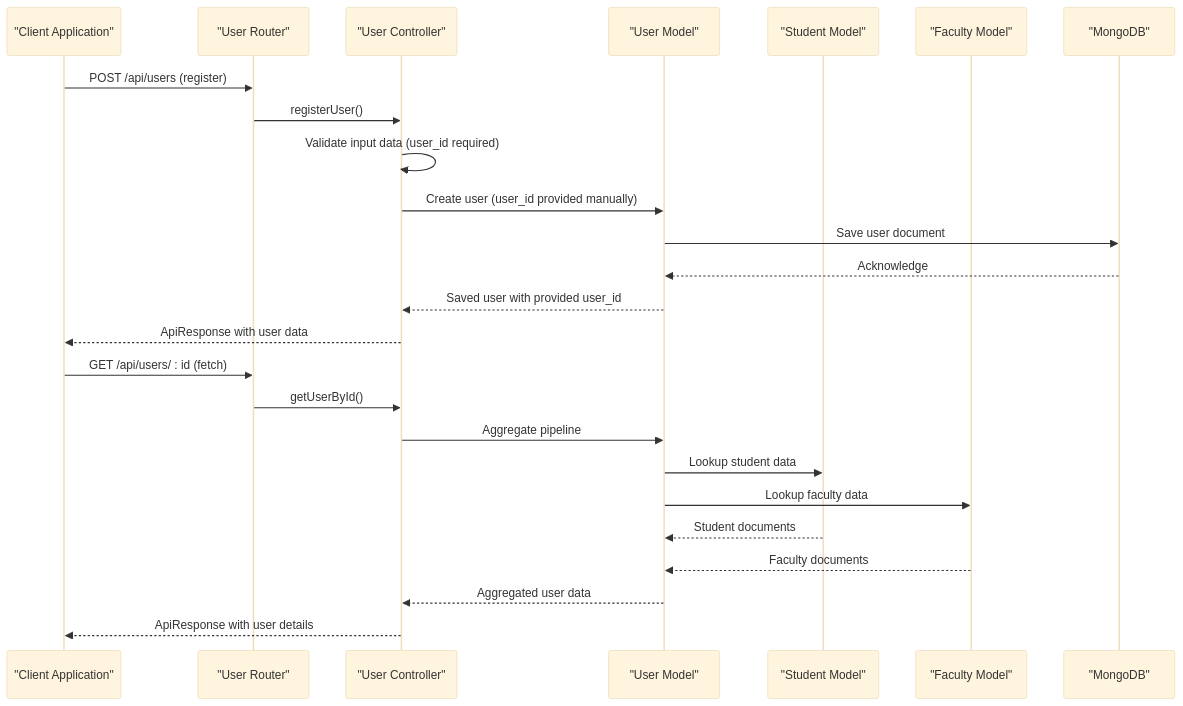
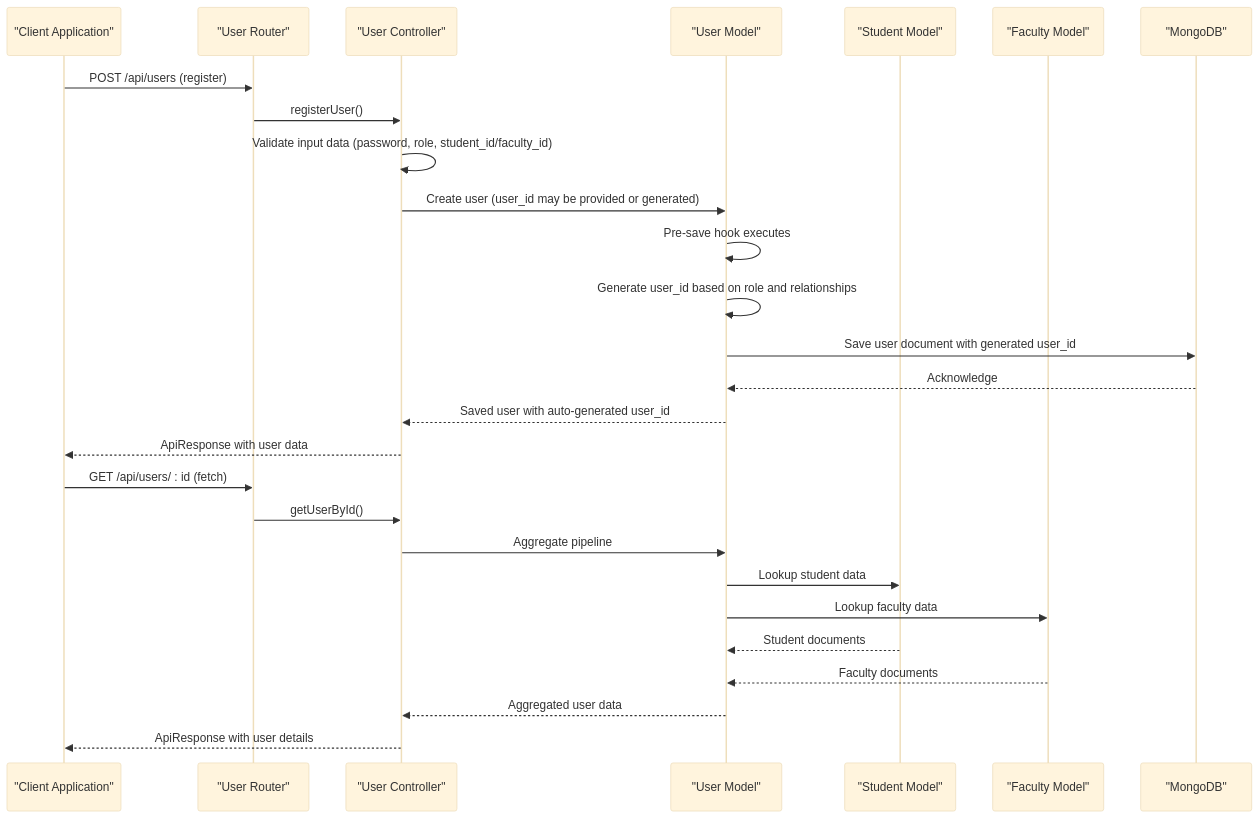
Before and after one commit to Aryan9060/Timetable-Project: the third of 9 diagrams in .qoder/repowiki/en/content/Data Models & Database Schema/Core User Model.md, drawn with Mermaid (base theme). The commit also changed other lines of this file and 22 other files, not shown here.

First line of the commit message:
feat(auth): update authentication to use user_id with auto-generation hook

````diff
--- a/.qoder/repowiki/en/content/Data Models & Database Schema/Core User Model.md
+++ b/.qoder/repowiki/en/content/Data Models & Database Schema/Core User Model.md
@@ -172,27 +186,29 @@
 ```mermaid
 sequenceDiagram
 participant Client as "Client Application"
 participant Router as "User Router"
 participant Controller as "User Controller"
 participant Model as "User Model"
 participant Student as "Student Model"
 participant Faculty as "Faculty Model"
 participant DB as "MongoDB"
 Client->>Router : POST /api/users (register)
 Router->>Controller : registerUser()
-Controller->>Controller : Validate input data (user_id required)
-Controller->>Model : Create user (user_id provided manually)
-Model->>DB : Save user document
+Controller->>Controller : Validate input data (password, role, student_id/faculty_id)
+Controller->>Model : Create user (user_id may be provided or generated)
+Model->>Model : Pre-save hook executes
+Model->>Model : Generate user_id based on role and relationships
+Model->>DB : Save user document with generated user_id
 DB-->>Model : Acknowledge
-Model-->>Controller : Saved user with provided user_id
+Model-->>Controller : Saved user with auto-generated user_id
 Controller-->>Client : ApiResponse with user data
 Client->>Router : GET /api/users/ : id (fetch)
 Router->>Controller : getUserById()
 Controller->>Model : Aggregate pipeline
 Model->>Student : Lookup student data
 Model->>Faculty : Lookup faculty data
 Student-->>Model : Student documents
 Faculty-->>Model : Faculty documents
 Model-->>Controller : Aggregated user data
 Controller-->>Client : ApiResponse with user details
 ```
````
